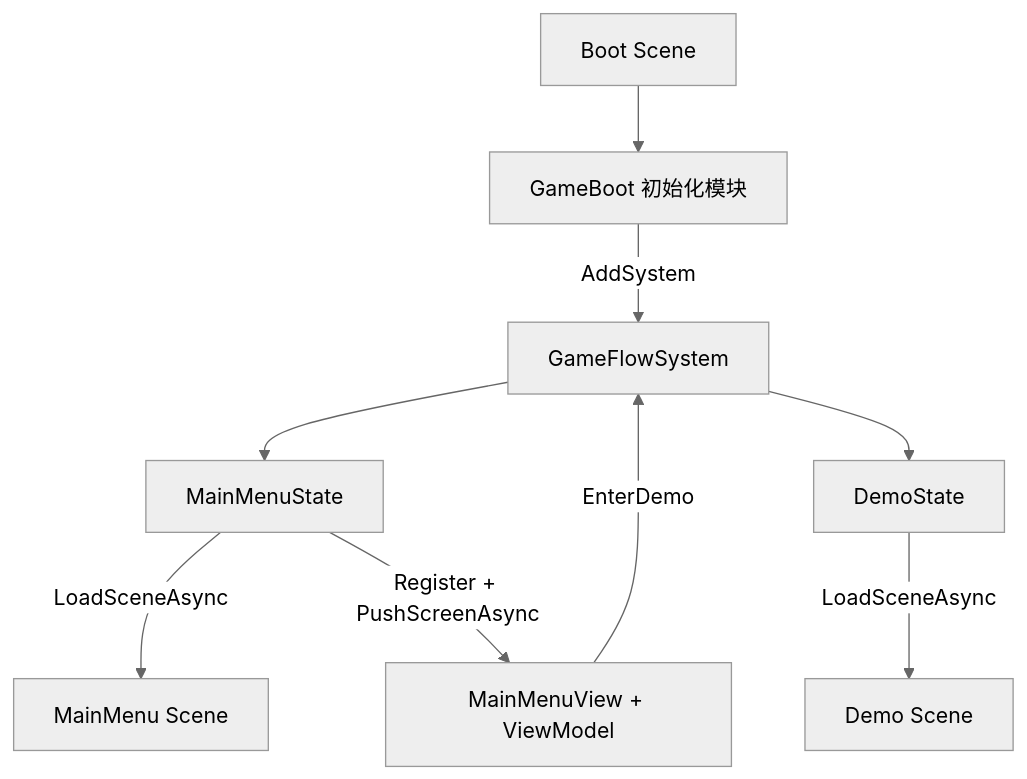
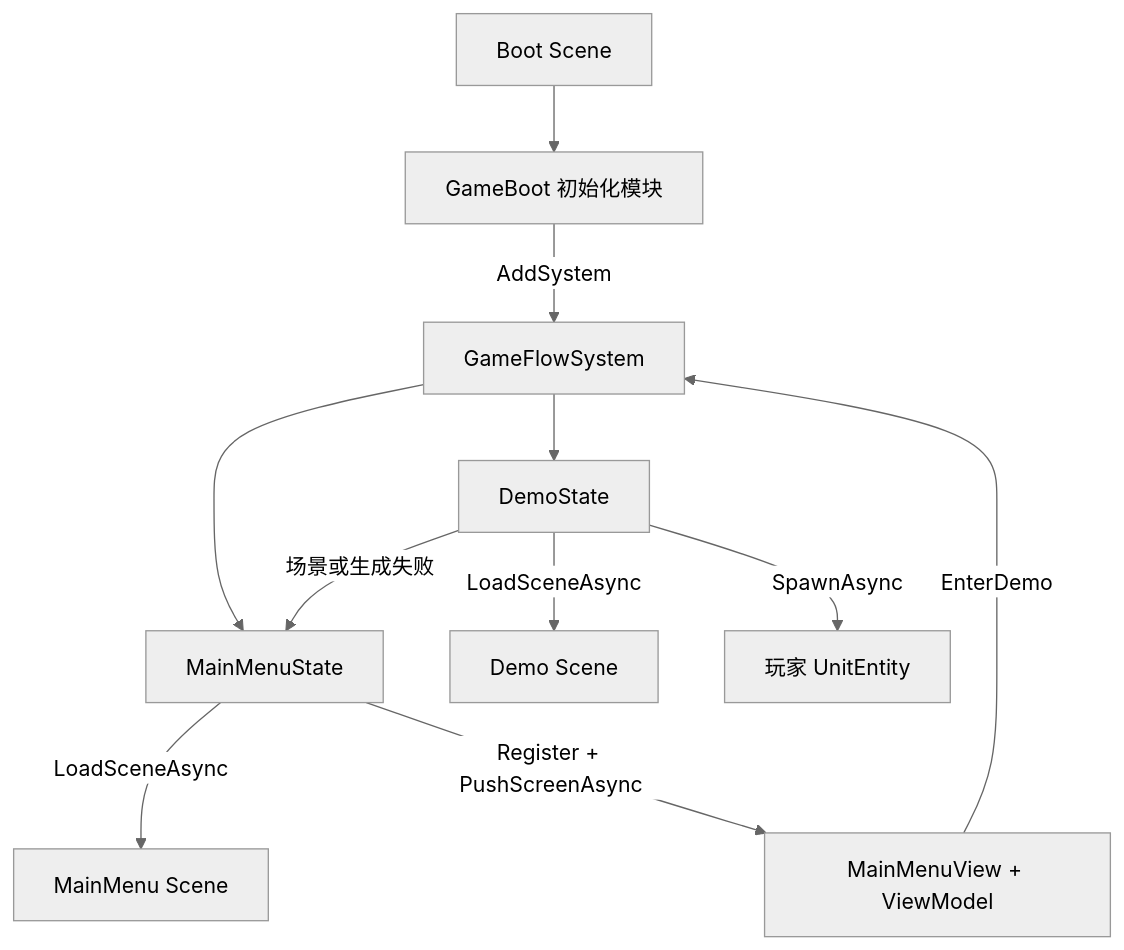
The fifth of 5 diagrams in Assets/Doc/FrameworkNavigation.md (WLDZS/Tiny-Nations), drawn with Mermaid (neutral theme) before and after one commit. The commit also changed other lines of this file and 61 other files, not shown here.

````diff
--- a/Assets/Doc/FrameworkNavigation.md
+++ b/Assets/Doc/FrameworkNavigation.md
@@ -351,11 +355,13 @@
 ```mermaid
 flowchart TD
     BootScene["Boot Scene"] --> GameBoot["GameBoot 初始化模块"]
     GameBoot -->|AddSystem| GameFlow["GameFlowSystem"]
     GameFlow --> MainMenuState["MainMenuState"]
     MainMenuState -->|LoadSceneAsync| MainMenuScene["MainMenu Scene"]
     MainMenuState -->|Register + PushScreenAsync| MainMenuUI["MainMenuView + ViewModel"]
     MainMenuUI -->|EnterDemo| GameFlow
     GameFlow --> DemoState["DemoState"]
     DemoState -->|LoadSceneAsync| DemoScene["Demo Scene"]
+    DemoState -->|SpawnAsync| Player["玩家 UnitEntity"]
+    DemoState -->|场景或生成失败| MainMenuState
 ```
````
